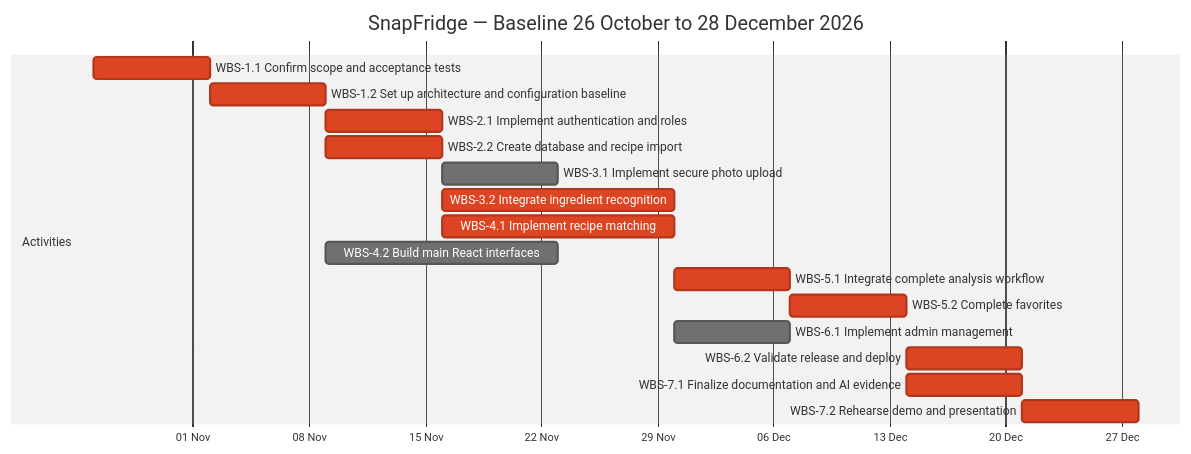
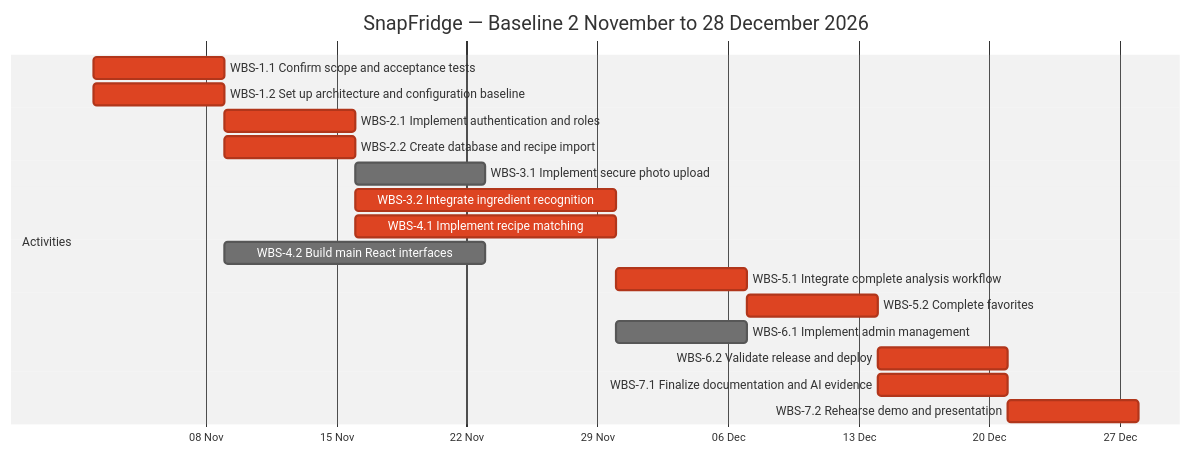
Before and after one commit to iemiral-spec/SnapFridge: the second of 2 diagrams in docs/Project_Plan.md, drawn with Mermaid (neutral theme). The commit also changed other lines of this file and 3 other files, not shown here.

````diff
--- a/docs/Project_Plan.md
+++ b/docs/Project_Plan.md
@@ -251,21 +251,21 @@
 ```mermaid
 gantt
-    title SnapFridge — Baseline 26 October to 28 December 2026
+    title SnapFridge — Baseline 2 November to 28 December 2026
     dateFormat YYYY-MM-DD
     axisFormat %d %b
     section Activities
-    WBS-1.1 Confirm scope and acceptance tests :crit, w11, 2026-10-26, 7d
+    WBS-1.1 Confirm scope and acceptance tests :crit, w11, 2026-11-02, 7d
     WBS-1.2 Set up architecture and configuration baseline :crit, w12, 2026-11-02, 7d
     WBS-2.1 Implement authentication and roles :crit, w21, 2026-11-09, 7d
     WBS-2.2 Create database and recipe import :crit, w22, 2026-11-09, 7d
     WBS-3.1 Implement secure photo upload :w31, 2026-11-16, 7d
     WBS-3.2 Integrate ingredient recognition :crit, w32, 2026-11-16, 14d
     WBS-4.1 Implement recipe matching :crit, w41, 2026-11-16, 14d
     WBS-4.2 Build main React interfaces :w42, 2026-11-09, 14d
     WBS-5.1 Integrate complete analysis workflow :crit, w51, 2026-11-30, 7d
     WBS-5.2 Complete favorites :crit, w52, 2026-12-07, 7d
     WBS-6.1 Implement admin management :w61, 2026-11-30, 7d
     WBS-6.2 Validate release and deploy :crit, w62, 2026-12-14, 7d
     WBS-7.1 Finalize documentation and AI evidence :crit, w71, 2026-12-14, 7d
     WBS-7.2 Rehearse demo and presentation :crit, w72, 2026-12-21, 7d
 ```
````
